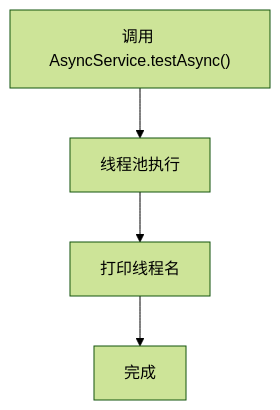
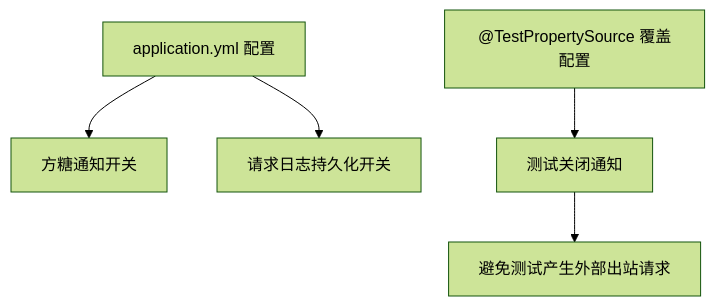
One commit to LiukewenSC/kewen-framework changed the seventh of 10 diagrams in .qoder/repowiki/zh/content/示例应用/基础功能示例.md. Above: the diagram before and after it, drawn with Mermaid (forest theme). The commit also changed other lines of this file and 195 other files, not shown here.

````diff
--- a/.qoder/repowiki/zh/content/示例应用/基础功能示例.md
+++ b/.qoder/repowiki/zh/content/示例应用/基础功能示例.md
@@ -257,6 +305,7 @@
 ```mermaid
 flowchart TD
-Call["调用 AsyncService.testAsync()"] --> Pool["线程池执行"]
-Pool --> Log["打印线程名"]
-Log --> Done["完成"]
+    AppConfig["application.yml 配置"] --> Notify["方糖通知开关"]
+    AppConfig --> Persist["请求日志持久化开关"]
+    TestConfig["@TestPropertySource 覆盖配置"] --> DisableNotify["测试关闭通知"]
+    DisableNotify --> NoOutbound["避免测试产生外部出站请求"]
 ```
````
